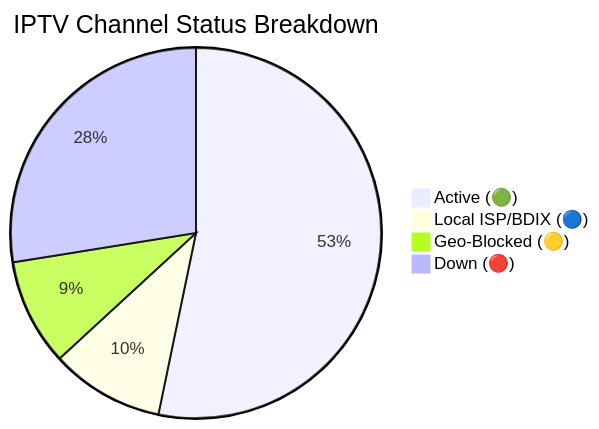
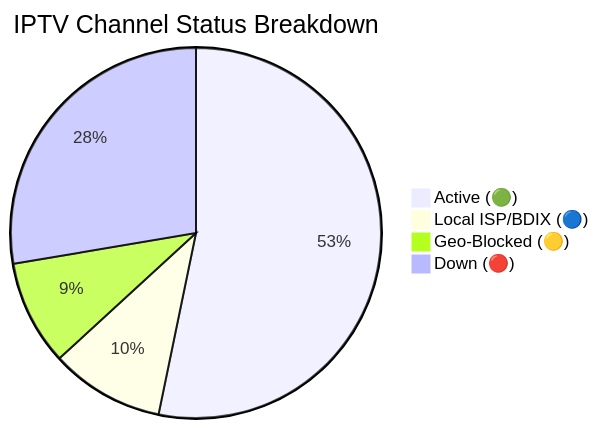
One commit to f6388600-ai/Web changed the diagram in README.md. Above: the diagram before and after it, drawn with Mermaid. The commit also changed other lines of this file and 6 other files, not shown here.

````diff
--- a/README.md
+++ b/README.md
@@ -149,7 +149,7 @@
 ```mermaid
 pie title IPTV Channel Status Breakdown
-    "Active (🟢)" : 9268
-    "Local ISP/BDIX (🔵)" : 1725
-    "Geo-Blocked (🟡)" : 1620
-    "Down (🔴)" : 4791
+    "Active (🟢)" : 9289
+    "Local ISP/BDIX (🔵)" : 1734
+    "Geo-Blocked (🟡)" : 1597
+    "Down (🔴)" : 4827
 ```
````
